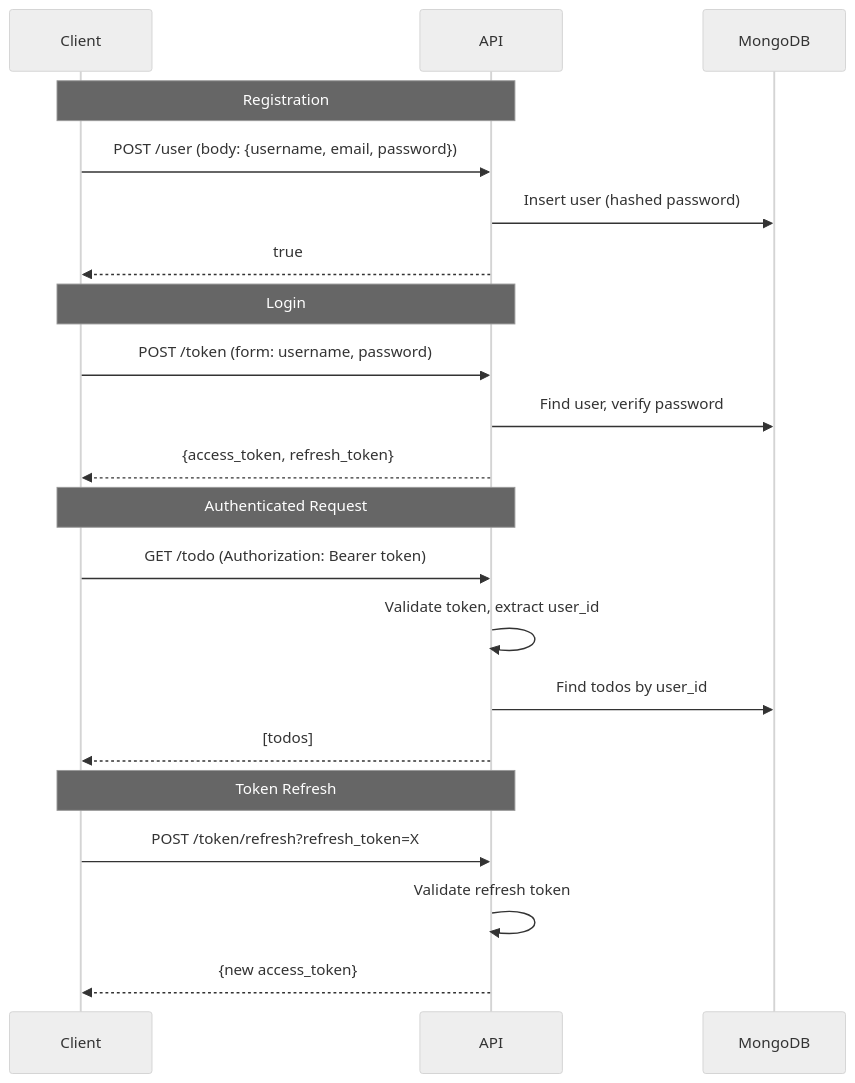
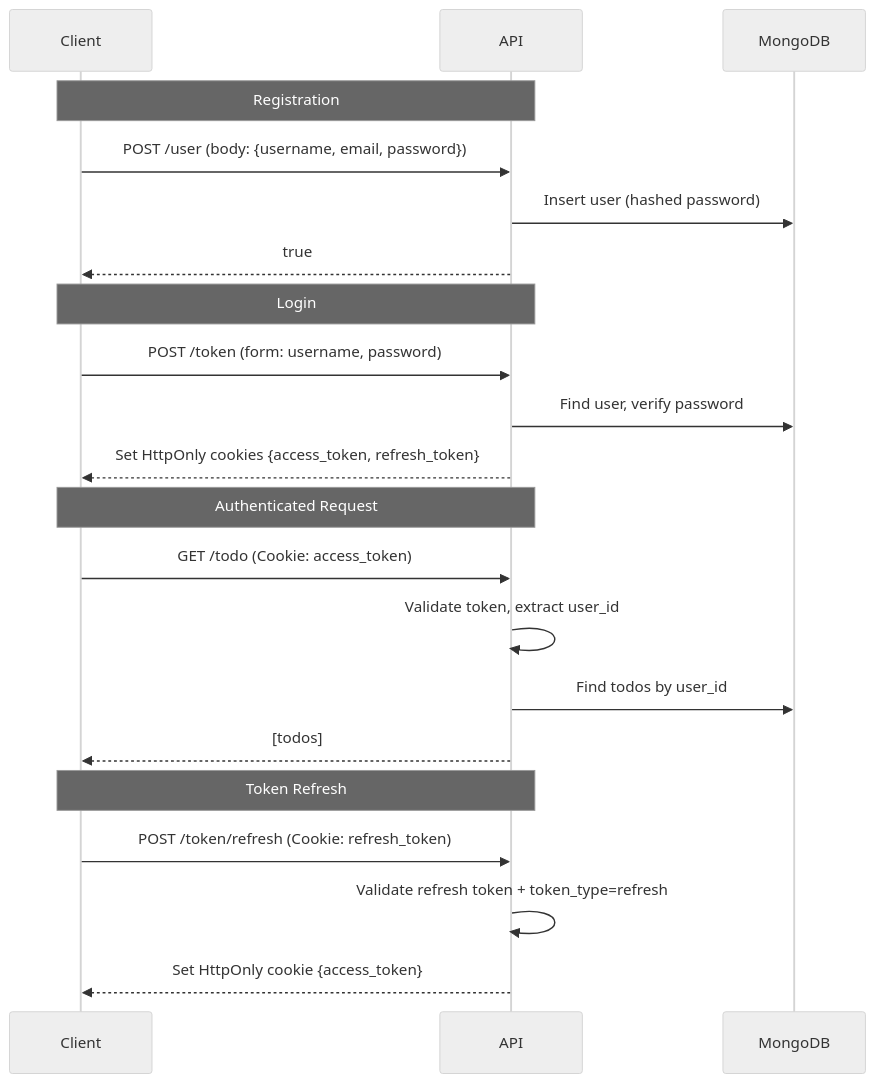
One commit to sajankp/to-do changed the second of 3 diagrams in docs/ARCHITECTURE.md. Above: the diagram before and after it, drawn with Mermaid (neutral theme). The commit also changed other lines of this file, not shown here.

Commit message:
docs: align architecture auth contract with cookie-based implementation

````diff
--- a/docs/ARCHITECTURE.md
+++ b/docs/ARCHITECTURE.md
@@ -200,27 +200,27 @@
 ```mermaid
 sequenceDiagram
     participant C as Client
     participant A as API
     participant DB as MongoDB
 
     Note over C,A: Registration
     C->>A: POST /user (body: {username, email, password})
     A->>DB: Insert user (hashed password)
     A-->>C: true
 
     Note over C,A: Login
     C->>A: POST /token (form: username, password)
     A->>DB: Find user, verify password
-    A-->>C: {access_token, refresh_token}
+    A-->>C: Set HttpOnly cookies {access_token, refresh_token}
 
     Note over C,A: Authenticated Request
-    C->>A: GET /todo (Authorization: Bearer token)
+    C->>A: GET /todo (Cookie: access_token)
     A->>A: Validate token, extract user_id
     A->>DB: Find todos by user_id
     A-->>C: [todos]
 
     Note over C,A: Token Refresh
-    C->>A: POST /token/refresh?refresh_token=X
-    A->>A: Validate refresh token
-    A-->>C: {new access_token}
+    C->>A: POST /token/refresh (Cookie: refresh_token)
+    A->>A: Validate refresh token + token_type=refresh
+    A-->>C: Set HttpOnly cookie {access_token}
 ```
````
